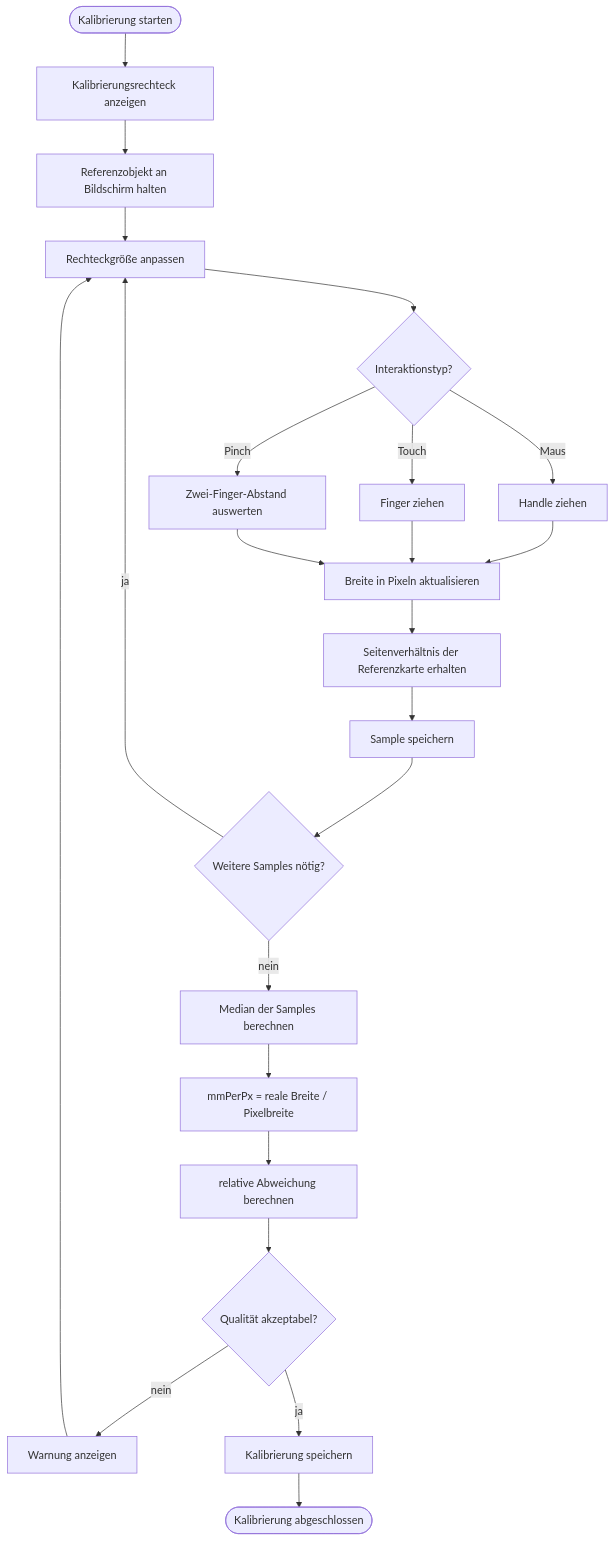
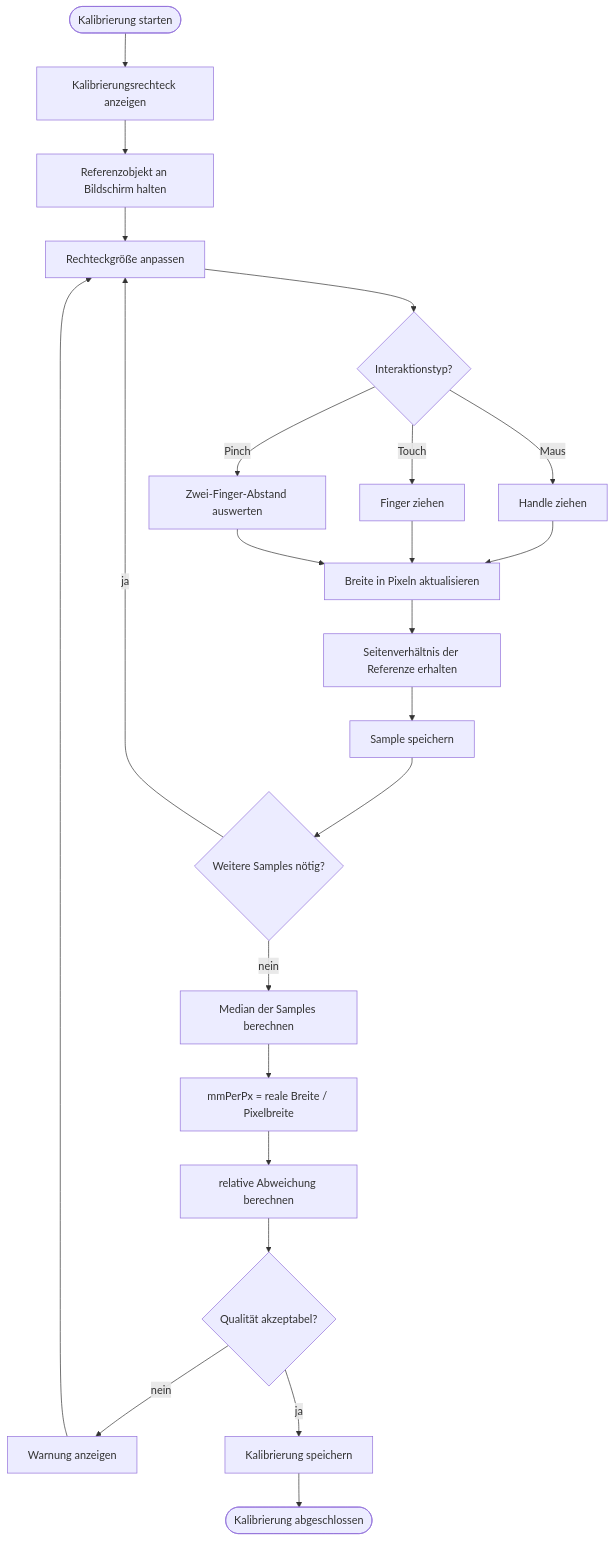
The second of 3 diagrams in webapp/Dokumentation/Ablaufdiagramme_und_Architektur/02_vorbereitung_kalibrierung_touchability.md (BaBF2000/fitts_law_platform), drawn with Mermaid before and after one commit. The commit also changed 5 other files, not shown here.

````diff
--- a/webapp/Dokumentation/Ablaufdiagramme_und_Architektur/02_vorbereitung_kalibrierung_touchability.md
+++ b/webapp/Dokumentation/Ablaufdiagramme_und_Architektur/02_vorbereitung_kalibrierung_touchability.md
@@ -114,30 +114,30 @@
 ```mermaid id="mce3ca"
 flowchart TD
     A([Kalibrierung starten]) --> B["Kalibrierungsrechteck anzeigen"]
     B --> C["Referenzobjekt an Bildschirm halten"]
     C --> D["Rechteckgröße anpassen"]
     D --> E{"Interaktionstyp?"}
 
     E -- "Maus" --> F["Handle ziehen"]
     E -- "Touch" --> G["Finger ziehen"]
     E -- "Pinch" --> H["Zwei-Finger-Abstand auswerten"]
 
     F --> I["Breite in Pixeln aktualisieren"]
     G --> I
     H --> I
 
-    I --> J["Seitenverhältnis der Referenzkarte erhalten"]
+    I --> J["Seitenverhältnis der Referenze erhalten"]
     J --> K["Sample speichern"]
     K --> L{"Weitere Samples nötig?"}
 
     L -- "ja" --> D
     L -- "nein" --> M["Median der Samples berechnen"]
     M --> N["mmPerPx = reale Breite / Pixelbreite"]
     N --> O["relative Abweichung berechnen"]
     O --> P{"Qualität akzeptabel?"}
 
     P -- "nein" --> Q["Warnung anzeigen"]
     Q --> D
     P -- "ja" --> R["Kalibrierung speichern"]
     R --> S([Kalibrierung abgeschlossen])
 ```
````
